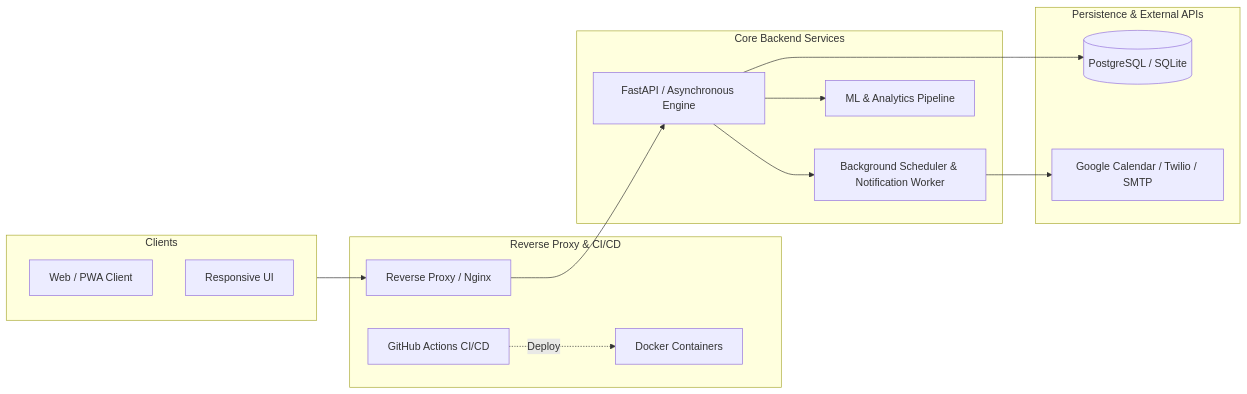
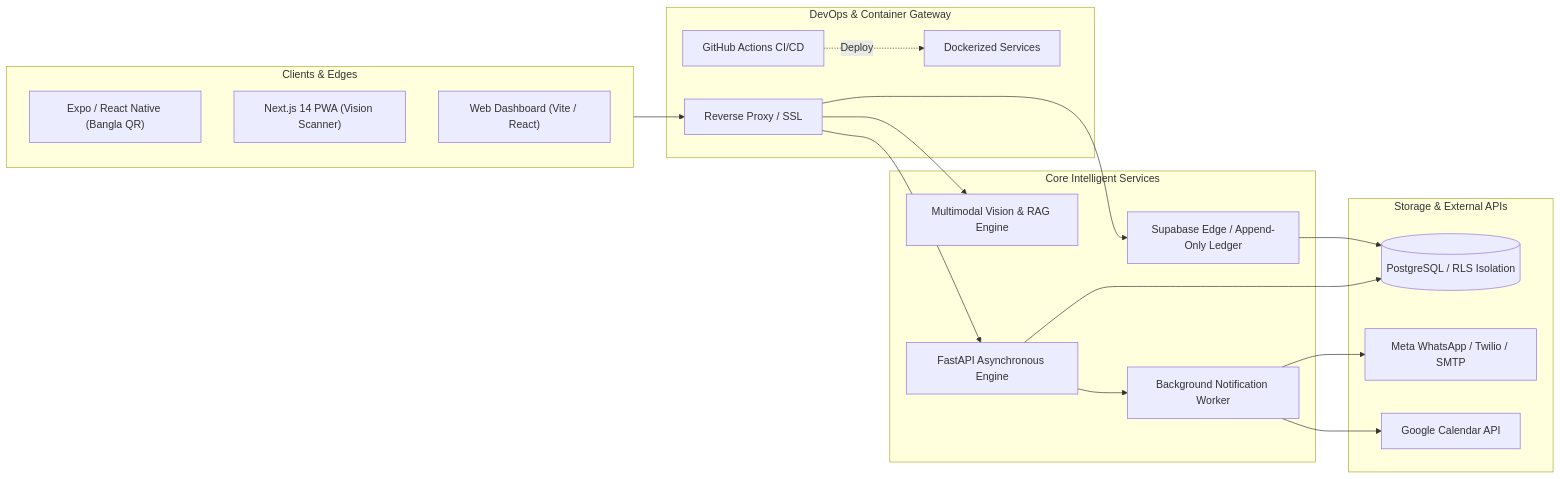
One commit to bijan-sarkar/bijan-sarkar changed the diagram in README.md. Above: the diagram before and after it, drawn with Mermaid. The commit also changed other lines of this file, not shown here.

Commit message:
feat: add Jotno AI and Shongrokhon to featured systems showcase

````diff
--- a/README.md
+++ b/README.md
@@ -61,30 +60,36 @@
 ```mermaid
 flowchart LR
-    subgraph Clients["Clients"]
-        Web["Web / PWA Client"]
-        Mobile["Responsive UI"]
+    subgraph Clients["Clients & Edges"]
+        MFS["Expo / React Native (Bangla QR)"]
+        Health["Next.js 14 PWA (Vision Scanner)"]
+        Desk["Web Dashboard (Vite / React)"]
     end
 
-    subgraph Gateway["Reverse Proxy & CI/CD"]
-        Actions["GitHub Actions CI/CD"] -.->|Deploy| Docker["Docker Containers"]
-        Nginx["Reverse Proxy / Nginx"]
+    subgraph CI_CD["DevOps & Container Gateway"]
+        GHA["GitHub Actions CI/CD"] -.->|Deploy| Dock["Dockerized Services"]
+        Nginx["Reverse Proxy / SSL"]
     end
 
-    subgraph Services["Core Backend Services"]
-        API["FastAPI / Asynchronous Engine"]
-        Worker["Background Scheduler & Notification Worker"]
-        ML["ML & Analytics Pipeline"]
+    subgraph Backend["Core Intelligent Services"]
+        Fintech["Supabase Edge / Append-Only Ledger"]
+        Vision["Multimodal Vision & RAG Engine"]
+        Fast["FastAPI Asynchronous Engine"]
+        Worker["Background Notification Worker"]
     end
 
-    subgraph Storage["Persistence & External APIs"]
-        DB[("PostgreSQL / SQLite")]
-        Ext["Google Calendar / Twilio / SMTP"]
+    subgraph Persistence["Storage & External APIs"]
+        PG[("PostgreSQL / RLS Isolation")]
+        Twilio["Meta WhatsApp / Twilio / SMTP"]
+        GCal["Google Calendar API"]
     end
 
     Clients --> Nginx
-    Nginx --> API
-    API --> Worker
-    API --> ML
-    API --> DB
-    Worker --> Ext
+    Nginx --> Fintech
+    Nginx --> Vision
+    Nginx --> Fast
+    Fast --> Worker
+    Fintech --> PG
+    Fast --> PG
+    Worker --> Twilio
+    Worker --> GCal
 ```
````
